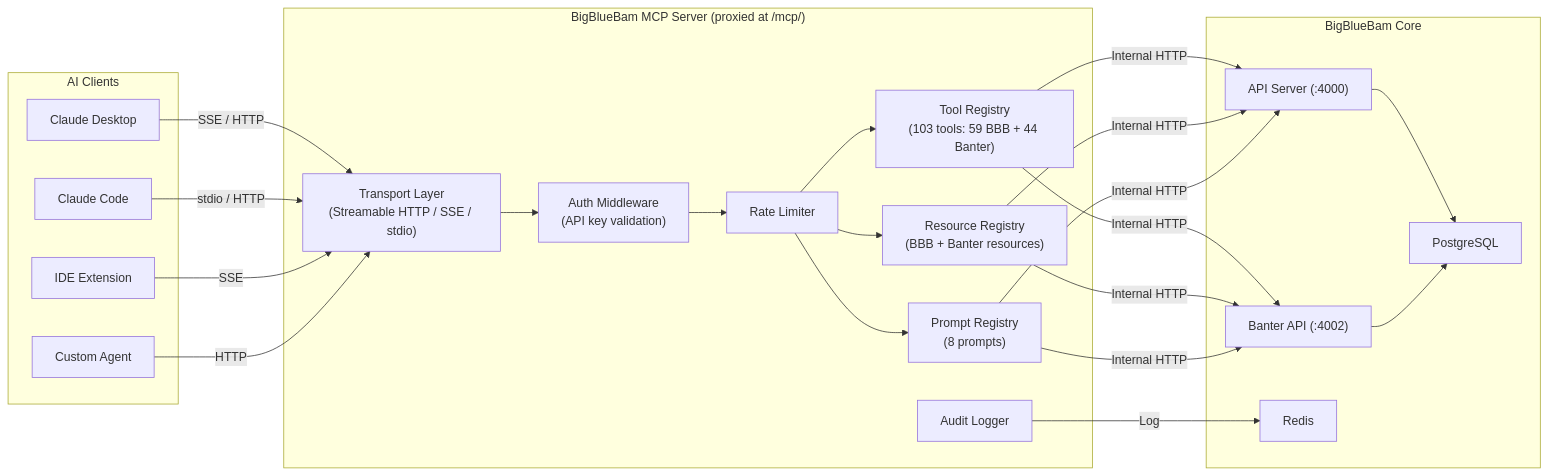
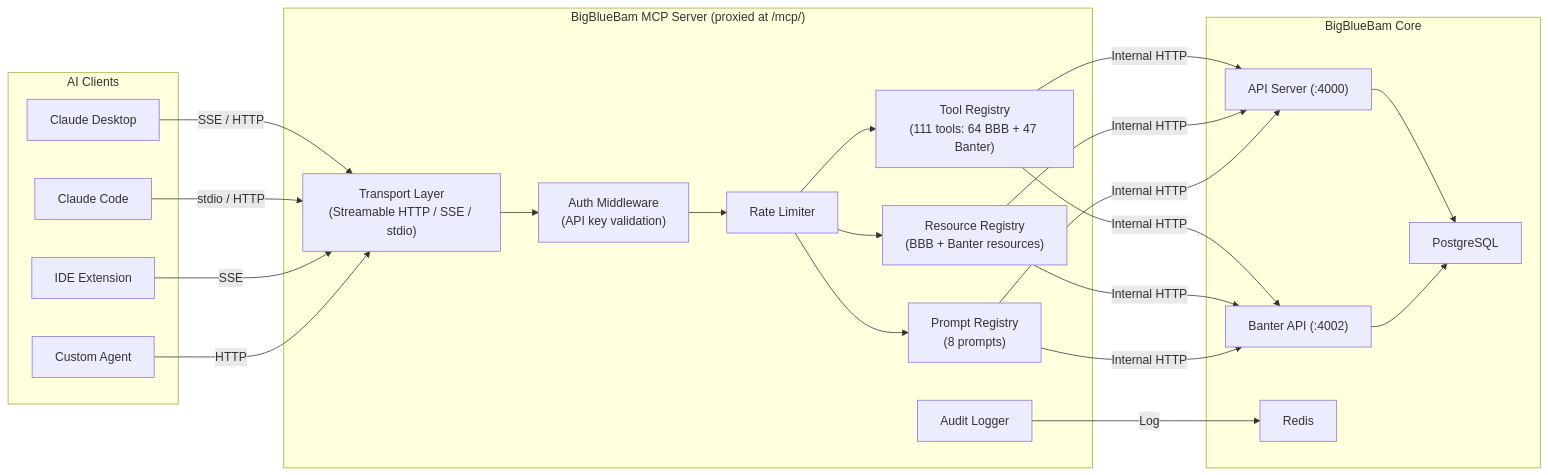
Before and after one commit to leith-bartrich/BigBlueBam: the first of 4 diagrams in docs/mcp-server.md, drawn with Mermaid. The commit also changed other lines of this file and 3 other files, not shown here.

````diff
--- a/docs/mcp-server.md
+++ b/docs/mcp-server.md
@@ -23,47 +23,47 @@
 ```mermaid
 graph LR
     subgraph "AI Clients"
         Claude["Claude Desktop"]
         Code["Claude Code"]
         IDE["IDE Extension"]
         Agent["Custom Agent"]
     end
 
     subgraph "BigBlueBam MCP Server (proxied at /mcp/)"
         Transport["Transport Layer<br/>(Streamable HTTP / SSE / stdio)"]
         Auth["Auth Middleware<br/>(API key validation)"]
         Rate["Rate Limiter"]
         Audit["Audit Logger"]
-        Tools["Tool Registry<br/>(103 tools: 59 BBB + 44 Banter)"]
+        Tools["Tool Registry<br/>(111 tools: 64 BBB + 47 Banter)"]
         Resources["Resource Registry<br/>(BBB + Banter resources)"]
         Prompts["Prompt Registry<br/>(8 prompts)"]
     end
 
     subgraph "BigBlueBam Core"
         API["API Server (:4000)"]
         BanterAPI["Banter API (:4002)"]
         DB["PostgreSQL"]
         Redis["Redis"]
     end
 
     Claude -->|"SSE / HTTP"| Transport
     Code -->|"stdio / HTTP"| Transport
     IDE -->|"SSE"| Transport
     Agent -->|"HTTP"| Transport
 
     Transport --> Auth
     Auth --> Rate
     Rate --> Tools
     Rate --> Resources
     Rate --> Prompts
 
     Tools -->|"Internal HTTP"| API
     Tools -->|"Internal HTTP"| BanterAPI
     Resources -->|"Internal HTTP"| API
     Resources -->|"Internal HTTP"| BanterAPI
     Prompts -->|"Internal HTTP"| API
     Prompts -->|"Internal HTTP"| BanterAPI
     Audit -->|"Log"| Redis
     API --> DB
     BanterAPI --> DB
 ```
````
